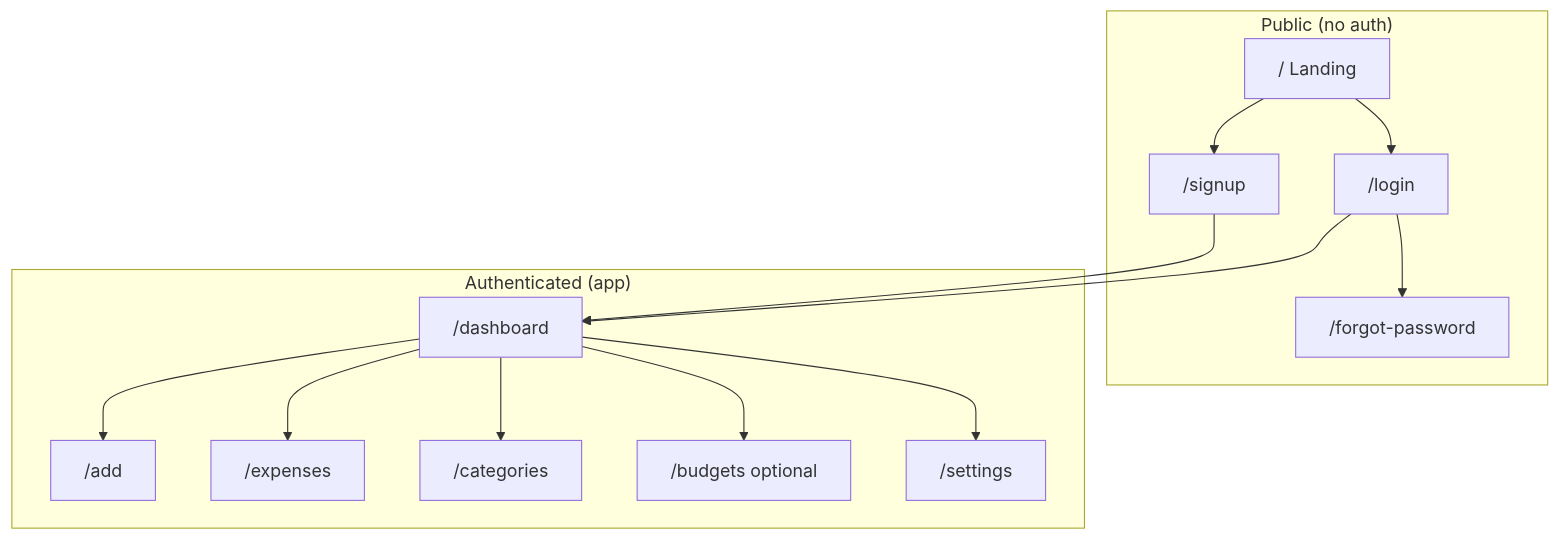
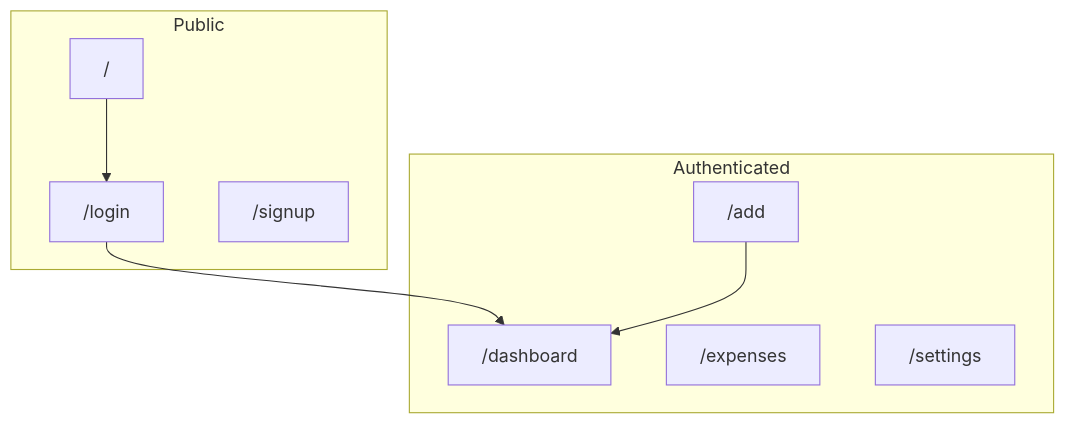
The first of 3 diagrams in docs/planning-design.md (MushfiqMoon/PoysaPath), drawn with Mermaid before and after one commit. The commit also changed other lines of this file and 41 other files, not shown here.

````diff
--- a/docs/planning-design.md
+++ b/docs/planning-design.md
@@ -45,29 +29,17 @@
 ```mermaid
 flowchart TB
-    subgraph Public["Public (no auth)"]
-        L["/  Landing"]
-        LI["/login"]
-        SU["/signup"]
-        FP["/forgot-password"]
+    subgraph public [Public]
+        landing["/"]
+        login["/login"]
+        signup["/signup"]
     end
-
-    subgraph App["Authenticated (app)"]
-        D["/dashboard"]
-        A["/add"]
-        E["/expenses"]
-        C["/categories"]
-        B["/budgets optional"]
-        S["/settings"]
+    subgraph app [Authenticated]
+        dashboard["/dashboard"]
+        add["/add"]
+        expenses["/expenses"]
+        settings["/settings"]
     end
-
-    L --> LI
-    L --> SU
-    LI --> FP
-    LI --> D
-    SU --> D
-    D --> A
-    D --> E
-    D --> C
-    D --> B
-    D --> S
+    landing --> login
+    login --> dashboard
+    add --> dashboard
 ```
````
